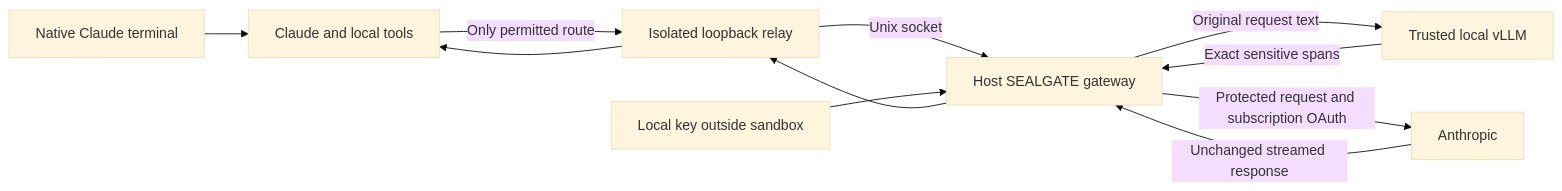
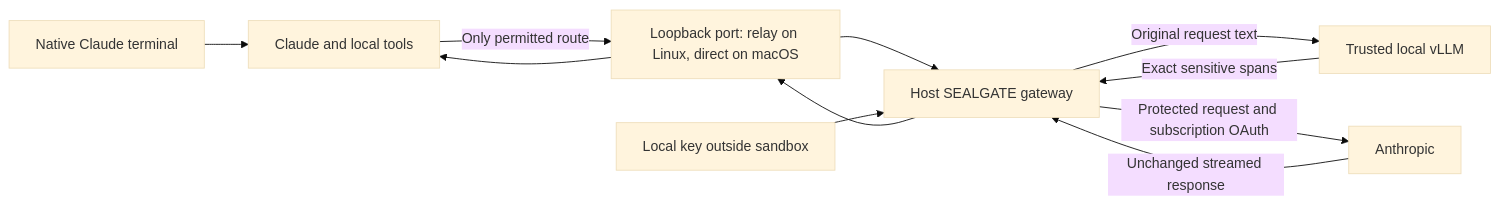
The diagram in docs/gateway.md (madeye/sealgate), drawn with Mermaid (base theme) before and after one commit. The commit also changed other lines of this file and 7 other files, not shown here.

````diff
--- a/docs/gateway.md
+++ b/docs/gateway.md
@@ -9,13 +10,13 @@
 ```mermaid
 flowchart LR
     U[Native Claude terminal] --> C[Claude and local tools]
-    C -->|Only permitted route| R[Isolated loopback relay]
-    R -->|Unix socket| G[Host SEALGATE gateway]
+    C -->|Only permitted route| R[Loopback port: relay on Linux, direct on macOS]
+    R --> G[Host SEALGATE gateway]
     G -->|Original request text| V[Trusted local vLLM]
     V -->|Exact sensitive spans| G
     K[Local key outside sandbox] --> G
     G -->|Protected request and subscription OAuth| A[Anthropic]
     A -->|Unchanged streamed response| G
     G --> R
     R --> C
 ```
````
